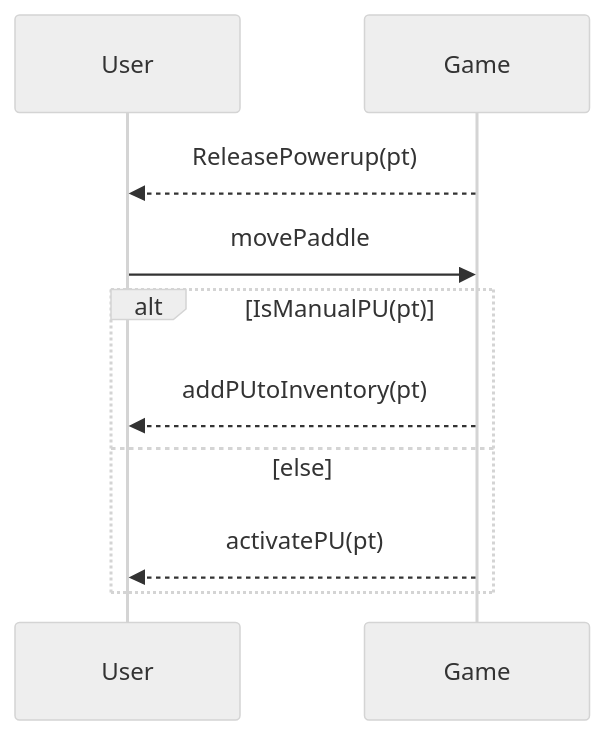
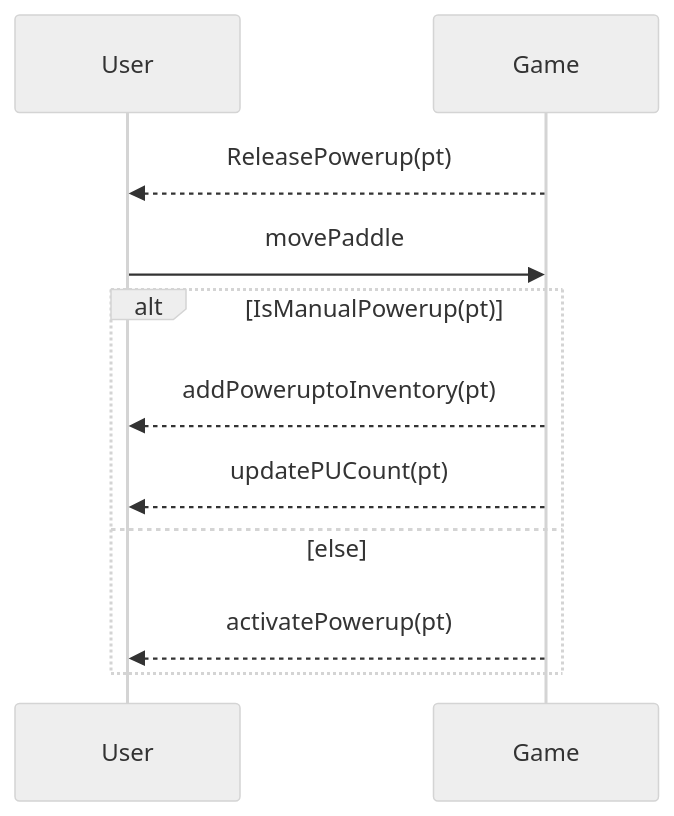
Before and after one commit to Shamdan17/Bricking_Bad: the diagram in system-sequence-diagrams/get-power-up.md, drawn with Mermaid (neutral theme). The commit also changed other lines of this file, not shown here.

Commit message:
Rewrote to be consistent with  Use power up Game Sequence Diagram

````diff
--- a/system-sequence-diagrams/get-power-up.md
+++ b/system-sequence-diagrams/get-power-up.md
@@ -3,12 +3,13 @@
 ```mermaid
 sequenceDiagram
 participant User
 participant Game
 Game-->>User: ReleasePowerup(pt)
 User->> Game: movePaddle
-alt IsManualPU(pt)
-	Game-->>User: addPUtoInventory(pt)
+alt IsManualPowerup(pt)
+	Game-->>User: addPoweruptoInventory(pt)
+	Game-->>User: updatePUCount(pt)
 else else
-	Game-->>User: activatePU(pt)
+	Game-->>User: activatePowerup(pt)
 end
 ```
````
